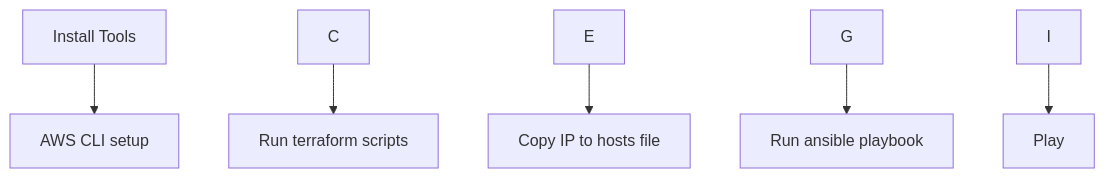
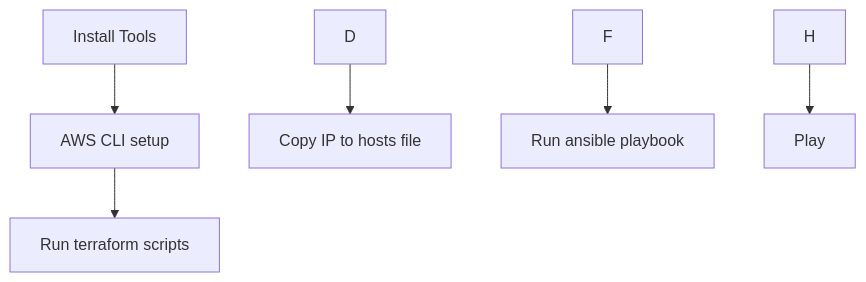
One commit to sourcewire/auto_mc_server changed the diagram in README.md. Above: the diagram before and after it, drawn with Mermaid. The commit also changed other lines of this file, not shown here.

Commit message:
editing md v3

````diff
--- a/README.md
+++ b/README.md
@@ -35,9 +36,9 @@
 ```mermaid
 graph TD
     A[Install Tools] --> B[AWS CLI setup]
-    C --> D[Run terraform scripts]
-    E --> F[Copy IP to hosts file]
-    G --> H[Run ansible playbook]
-    I --> J[Play]
+    B --> C[Run terraform scripts]
+    D --> E[Copy IP to hosts file]
+    F --> G[Run ansible playbook]
+    H --> I[Play]
 
 ```
````
